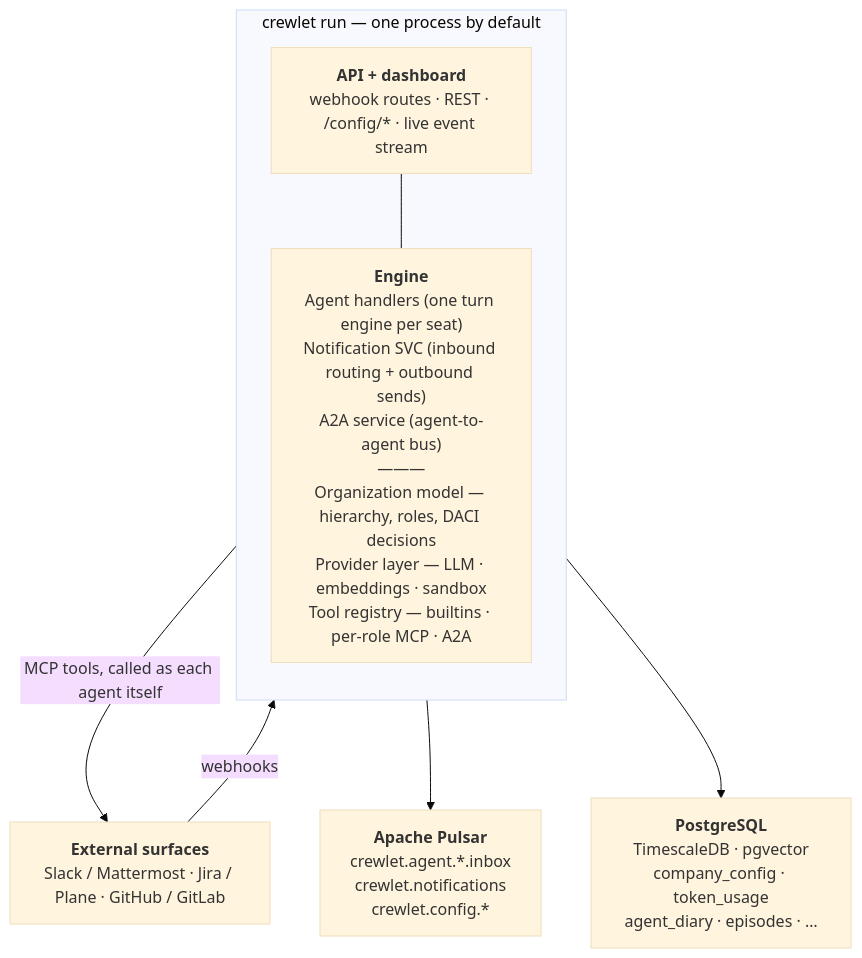
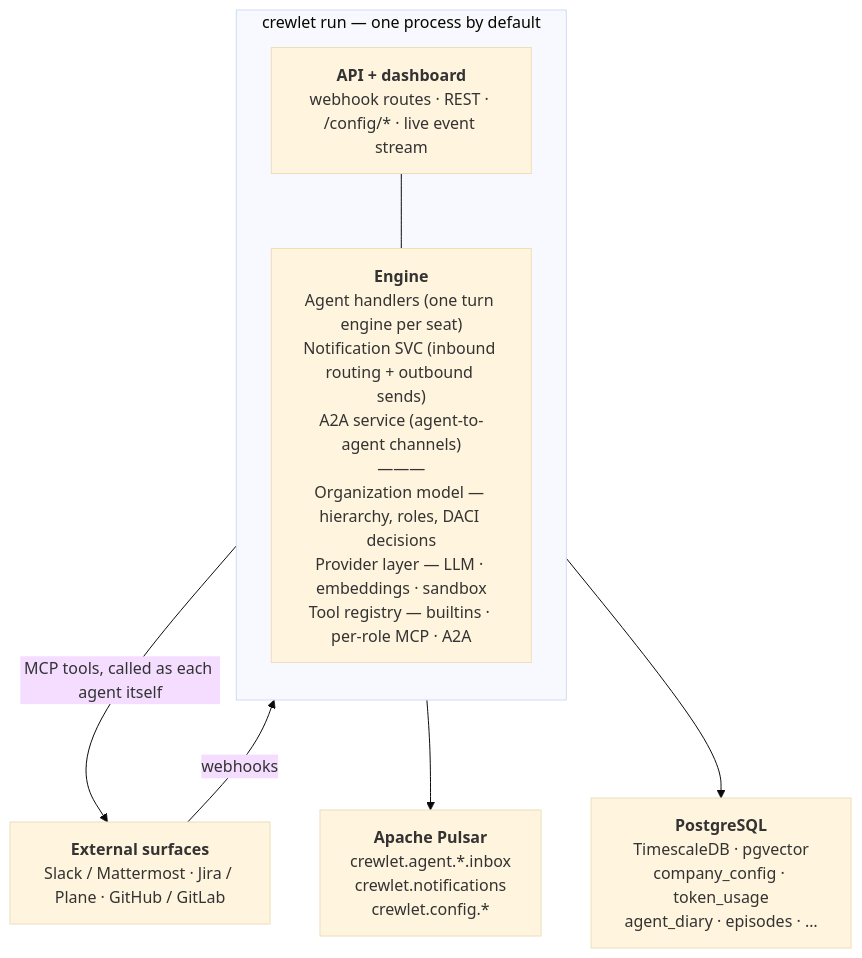
Before and after one commit to crewlet/crewlet: the diagram in docs/concepts/overview.md, drawn with Mermaid (base theme). The commit also changed other lines of this file and 34 other files, not shown here.

````diff
--- a/docs/concepts/overview.md
+++ b/docs/concepts/overview.md
@@ -56,16 +56,16 @@
 ```mermaid
 flowchart TD
     EXT["<b>External surfaces</b><br/>Slack / Mattermost · Jira / Plane · GitHub / GitLab"]
     subgraph proc["crewlet run — one process by default"]
         direction TB
         API["<b>API + dashboard</b><br/>webhook routes · REST · /config/* · live event stream"]
-        ENG["<b>Engine</b><br/>Agent handlers (one turn engine per seat)<br/>Notification SVC (inbound routing + outbound sends)<br/>A2A service (agent-to-agent bus)<br/>———<br/>Organization model — hierarchy, roles, DACI decisions<br/>Provider layer — LLM · embeddings · sandbox<br/>Tool registry — builtins · per-role MCP · A2A"]
+        ENG["<b>Engine</b><br/>Agent handlers (one turn engine per seat)<br/>Notification SVC (inbound routing + outbound sends)<br/>A2A service (agent-to-agent channels)<br/>———<br/>Organization model — hierarchy, roles, DACI decisions<br/>Provider layer — LLM · embeddings · sandbox<br/>Tool registry — builtins · per-role MCP · A2A"]
         API --- ENG
     end
     PULSAR["<b>Apache Pulsar</b><br/>crewlet.agent.*.inbox<br/>crewlet.notifications<br/>crewlet.config.*"]
     PG["<b>PostgreSQL</b><br/>TimescaleDB · pgvector<br/>company_config · token_usage<br/>agent_diary · episodes · …"]
     EXT -->|webhooks| API
     ENG -->|"MCP tools, called as each agent itself"| EXT
     ENG --> PULSAR
     ENG --> PG
 ```
````
